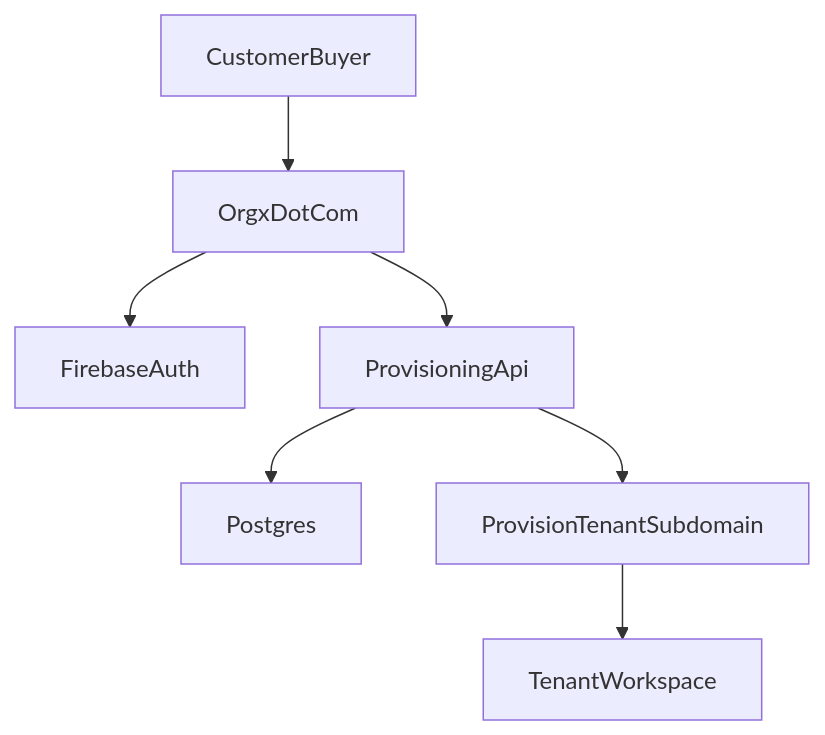
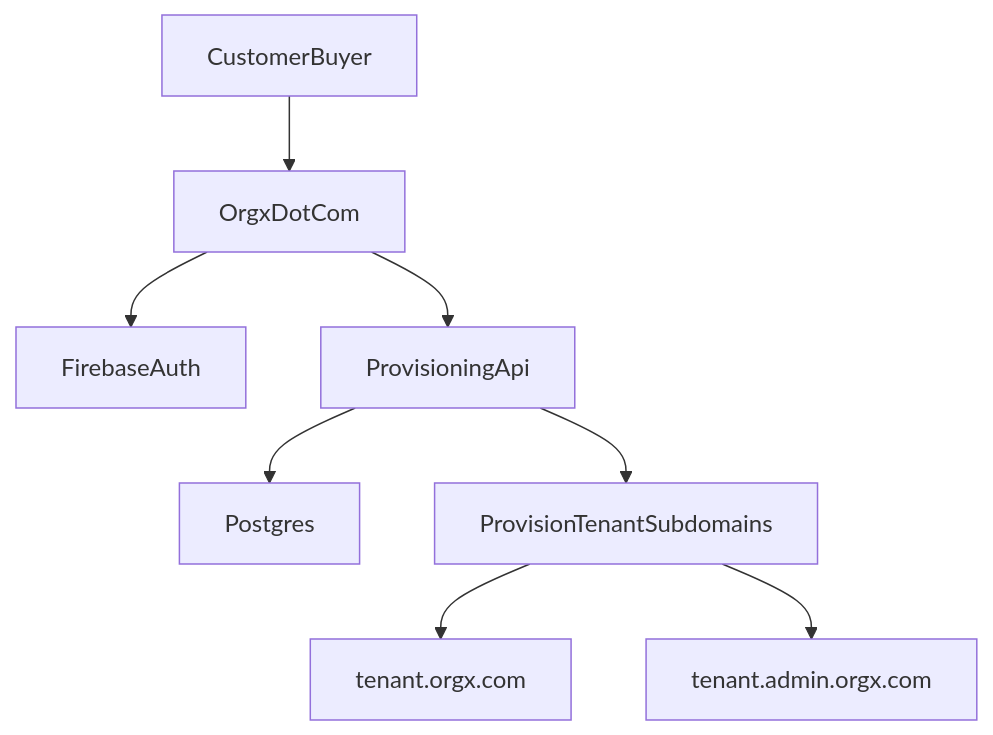
The third of 6 diagrams in docs/architecture.md (Tusharkanta407/Orgx), drawn with Mermaid before and after one commit. The commit also changed other lines of this file and 6 other files, not shown here.

````diff
--- a/docs/architecture.md
+++ b/docs/architecture.md
@@ -156,9 +170,10 @@
 ```mermaid
 flowchart TD
   buyer[CustomerBuyer] --> publicWeb[OrgxDotCom]
   publicWeb --> firebase[FirebaseAuth]
   publicWeb --> api[ProvisioningApi]
   api --> postgres[Postgres]
-  api --> tenant[ProvisionTenantSubdomain]
-  tenant --> workspace[TenantWorkspace]
+  api --> tenant[ProvisionTenantSubdomains]
+  tenant --> employeeHost["tenant.orgx.com"]
+  tenant --> adminHost["tenant.admin.orgx.com"]
 ```
````
